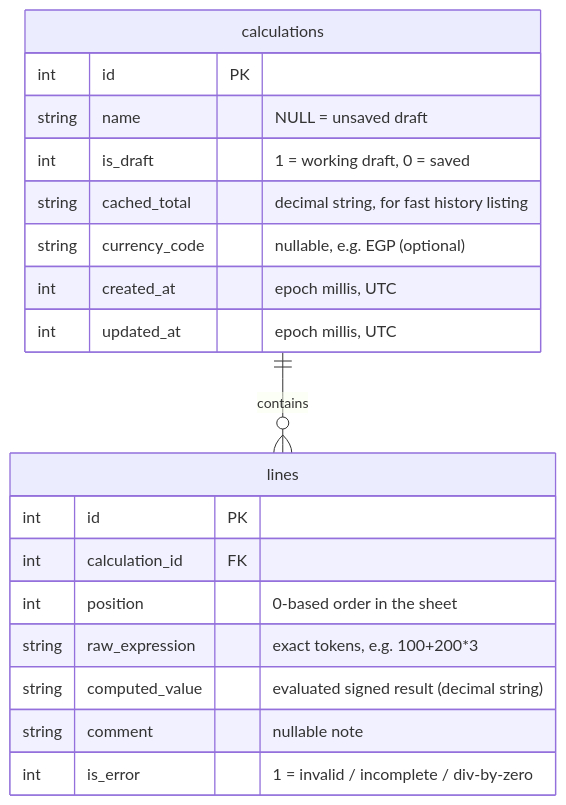
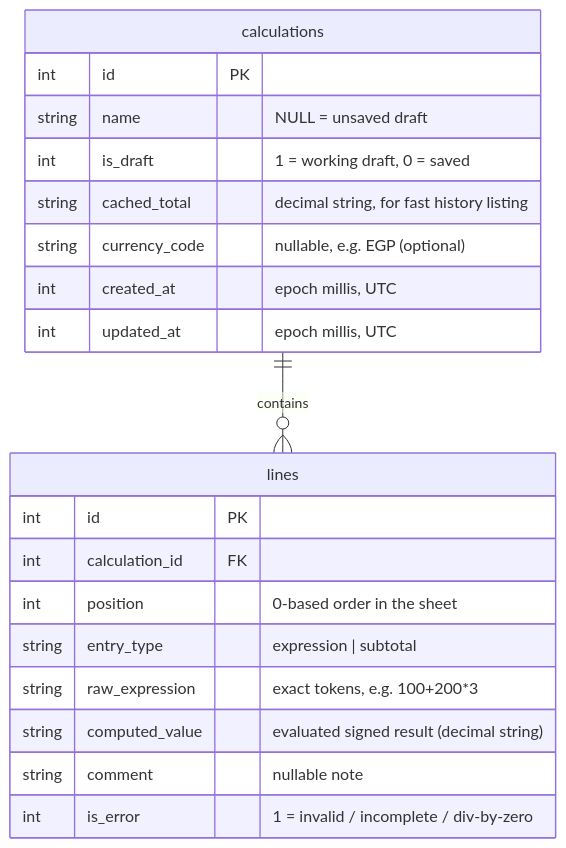
One commit to osamadaif/notaleq changed the diagram in files/SCHEMA.md. Above: the diagram before and after it, drawn with Mermaid. The commit also changed other lines of this file and 68 other files, not shown here.

````diff
--- a/files/SCHEMA.md
+++ b/files/SCHEMA.md
@@ -13,24 +13,25 @@
 ```mermaid
 erDiagram
     calculations ||--o{ lines : contains
 
     calculations {
         int    id            PK
         string name          "NULL = unsaved draft"
         int    is_draft      "1 = working draft, 0 = saved"
         string cached_total  "decimal string, for fast history listing"
         string currency_code "nullable, e.g. EGP (optional)"
         int    created_at    "epoch millis, UTC"
         int    updated_at    "epoch millis, UTC"
     }
 
     lines {
         int    id             PK
         int    calculation_id FK
         int    position       "0-based order in the sheet"
+        string entry_type     "expression | subtotal"
         string raw_expression "exact tokens, e.g. 100+200*3"
         string computed_value "evaluated signed result (decimal string)"
         string comment        "nullable note"
         int    is_error       "1 = invalid / incomplete / div-by-zero"
     }
 ```
````
